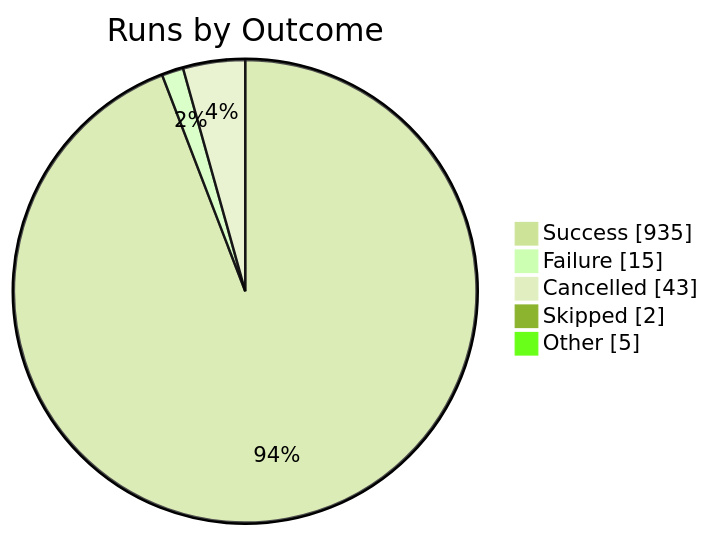
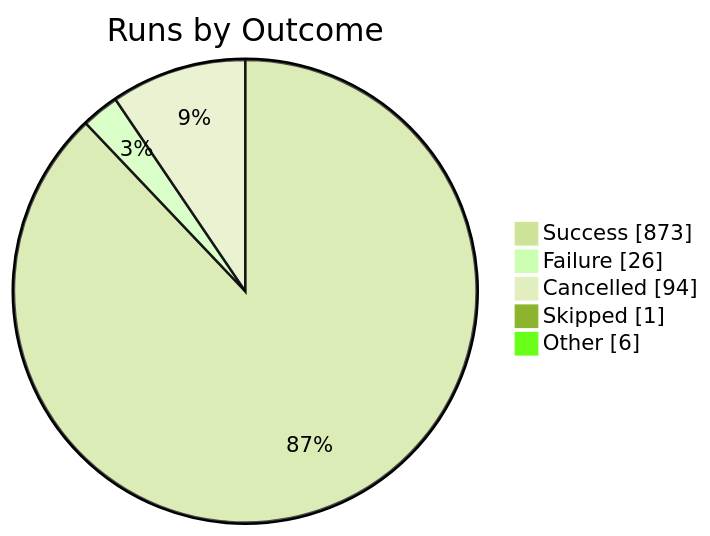
Before and after one commit to KBVE/kbve: the first of 2 diagrams in apps/kbve/astro-kbve/src/content/docs/dashboard/ci-health.mdx, drawn with Mermaid (forest theme). The commit also changed other lines of this file and 1 other file, not shown here.

````diff
--- a/apps/kbve/astro-kbve/src/content/docs/dashboard/ci-health.mdx
+++ b/apps/kbve/astro-kbve/src/content/docs/dashboard/ci-health.mdx
@@ -189,9 +189,9 @@
 ```mermaid
 pie showData
     title Runs by Outcome
-    "Success" : 935
-    "Failure" : 15
-    "Cancelled" : 43
-    "Skipped" : 2
-    "Other" : 5
+    "Success" : 873
+    "Failure" : 26
+    "Cancelled" : 94
+    "Skipped" : 1
+    "Other" : 6
 ```
````
